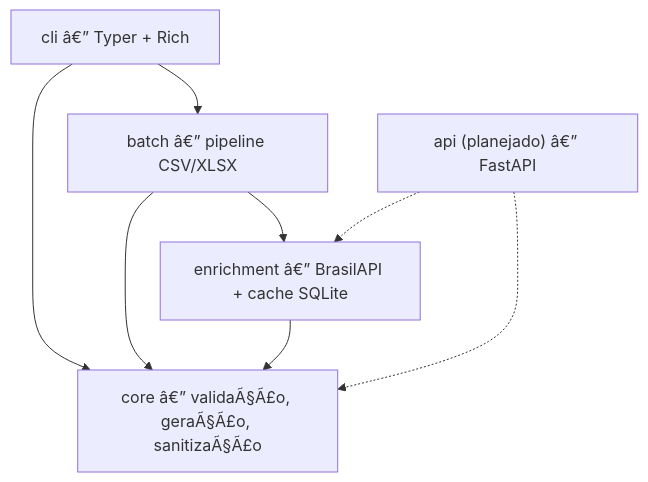
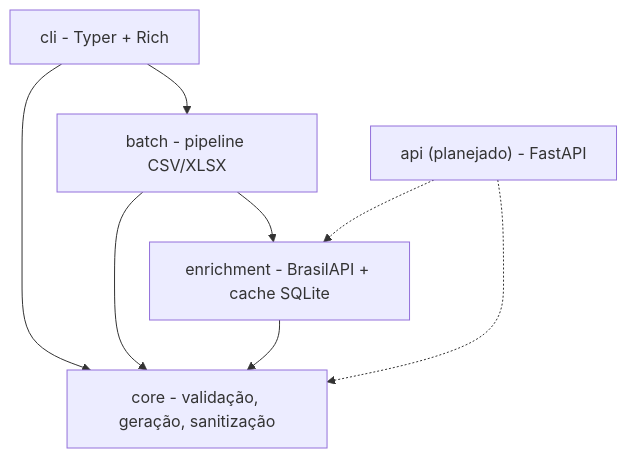
The diagram in README.md (leosgarcia/docbr-pro), drawn with Mermaid before and after one commit. The commit also changed other lines of this file, not shown here.

````diff
--- a/README.md
+++ b/README.md
@@ -109,10 +109,10 @@
 ```mermaid
 graph TD
-    CLI["cli â€” Typer + Rich"] --> CORE["core â€” validaÃ§Ã£o, geraÃ§Ã£o, sanitizaÃ§Ã£o"]
-    CLI --> BATCH["batch â€” pipeline CSV/XLSX"]
+    CLI["cli - Typer + Rich"] --> CORE["core - validação, geração, sanitização"]
+    CLI --> BATCH["batch - pipeline CSV/XLSX"]
     BATCH --> CORE
-    BATCH --> ENRICH["enrichment â€” BrasilAPI + cache SQLite"]
+    BATCH --> ENRICH["enrichment - BrasilAPI + cache SQLite"]
     ENRICH --> CORE
-    API["api (planejado) â€” FastAPI"] -.-> CORE
+    API["api (planejado) - FastAPI"] -.-> CORE
     API -.-> ENRICH
 ```
````
